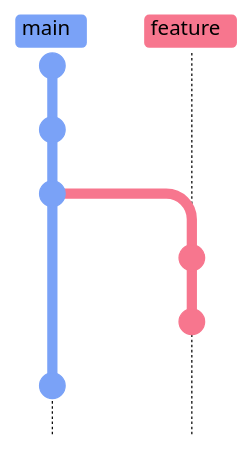
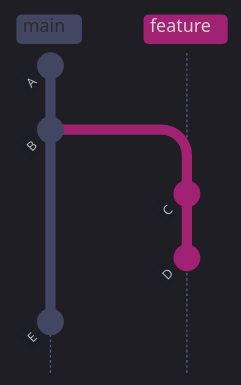
The fourth of 5 diagrams in content/08-Git/05-git-remote-management.md (alp78/elysium), drawn with Mermaid before and after one commit. The commit also changed other lines of this file and 4 other files, not shown here.

````diff
--- a/content/08-Git/05-git-remote-management.md
+++ b/content/08-Git/05-git-remote-management.md
@@ -203,12 +658,22 @@
 ```mermaid
-%%{init: {'theme': 'base', 'themeVariables': {'git0': '#7aa2f7', 'git1': '#f7768e', 'git2': '#9ece6a', 'git3': '#e0af68', 'git4': '#bb9af7', 'gitBranchLabel0': '#000000', 'gitBranchLabel1': '#000000', 'gitBranchLabel2': '#000000', 'gitBranchLabel3': '#000000', 'commitLabelColor': '#ffffff', 'commitLabelBackground': 'transparent', 'commitLabelFontSize': '14px', 'tagLabelColor': '#000000', 'tagLabelBackground': '#c0caf5'}, 'gitGraph': {'mainBranchName': 'main'}} }%%
+%%{init: {'theme': 'dark', 'themeVariables': {
+  'primaryColor': '#292e42',
+  'primaryTextColor': '#c0caf5',
+  'primaryBorderColor': '#565f89',
+  'lineColor': '#565f89',
+  'secondaryColor': '#1a1b26',
+  'tertiaryColor': '#24283b',
+  'noteTextColor': '#c0caf5',
+  'noteBkgColor': '#292e42',
+  'textColor': '#c0caf5',
+  'fontSize': '14px'
+}, 'gitGraph': {'mainBranchName': 'main'}}}%%
 gitGraph TB:
   commit id: "A"
   commit id: "B"
+  branch feature
   commit id: "C"
-  branch feature
-  commit id: "X"
-  commit id: "Y"
+  commit id: "D"
   checkout main
   commit id: "E"
 ```
````
